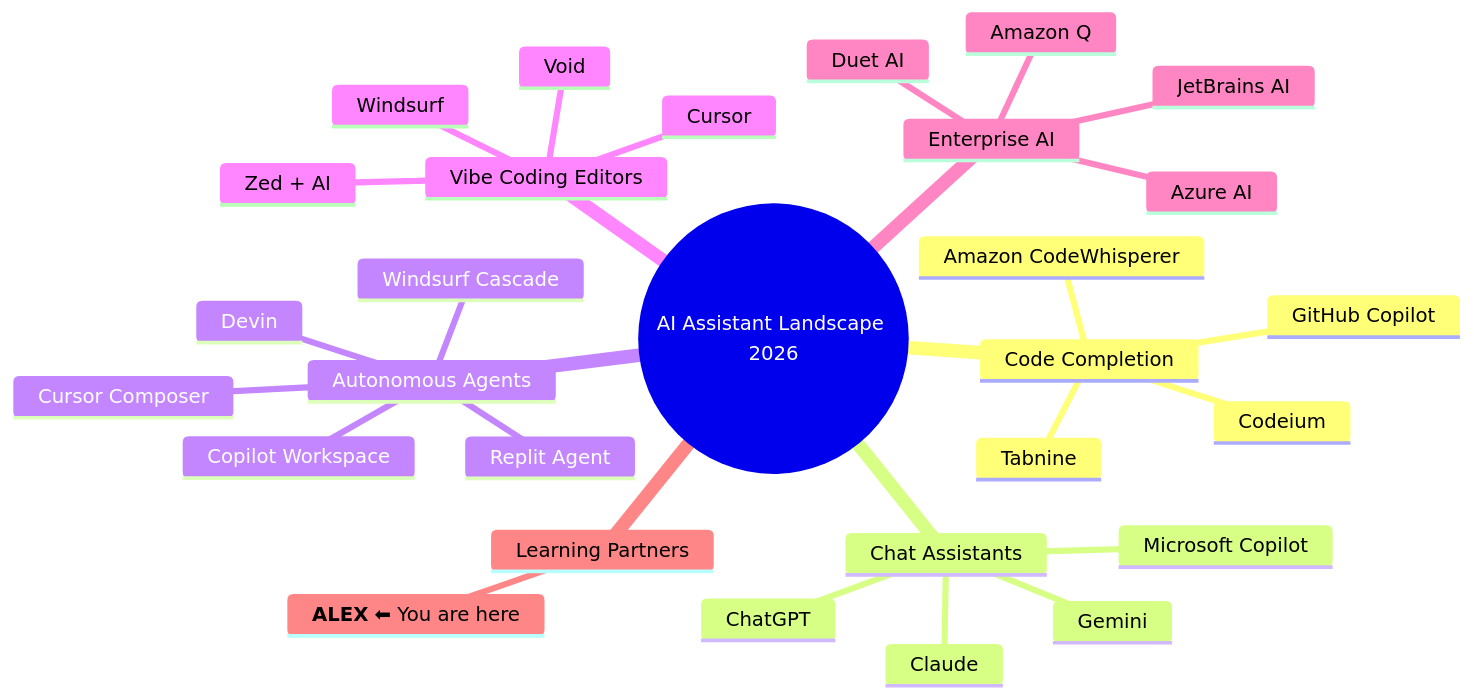
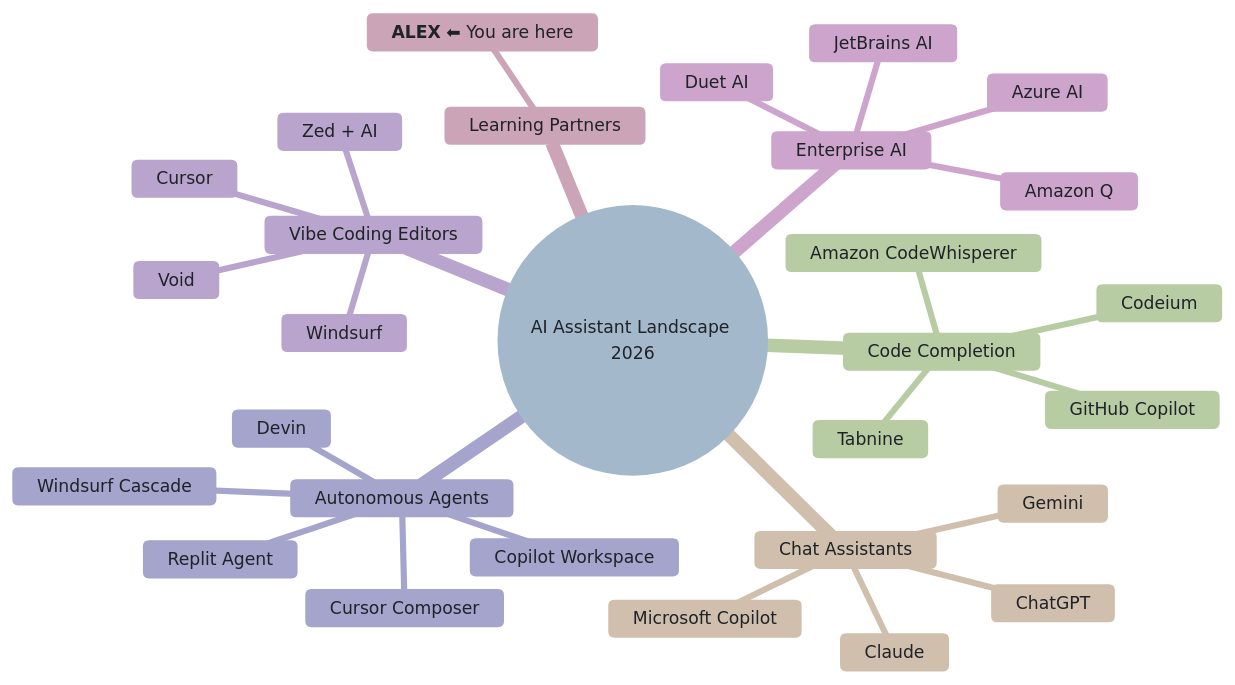
Before and after one commit to fabioc-aloha/Alex_Plug_In: the first of 2 diagrams in alex_docs/COMPETITIVE-ANALYSIS.md, drawn with Mermaid. The commit also changed other lines of this file and 9 other files, not shown here.

First line of the commit message:
fix: Add Mermaid themes to all alex_docs diagrams

````diff
--- a/alex_docs/COMPETITIVE-ANALYSIS.md
+++ b/alex_docs/COMPETITIVE-ANALYSIS.md
@@ -24,32 +24,33 @@
 ```mermaid
+%%{init: {'theme': 'base', 'themeVariables': { 'primaryColor': '#f6f8fa', 'primaryTextColor': '#1f2328', 'lineColor': '#656d76', 'fontSize': '14px'}}}%%
 mindmap
   root((AI Assistant Landscape 2026))
     Code Completion
       GitHub Copilot
       Amazon CodeWhisperer
       Tabnine
       Codeium
     Chat Assistants
       ChatGPT
       Claude
       Gemini
       Microsoft Copilot
     Autonomous Agents
       Devin
       Copilot Workspace
       Cursor Composer
       Windsurf Cascade
       Replit Agent
     Vibe Coding Editors
       Cursor
       Windsurf
       Zed + AI
       Void
     Enterprise AI
       Amazon Q
       Duet AI
       JetBrains AI
       Azure AI
     Learning Partners
       **ALEX** ⬅ You are here
 ```
````
